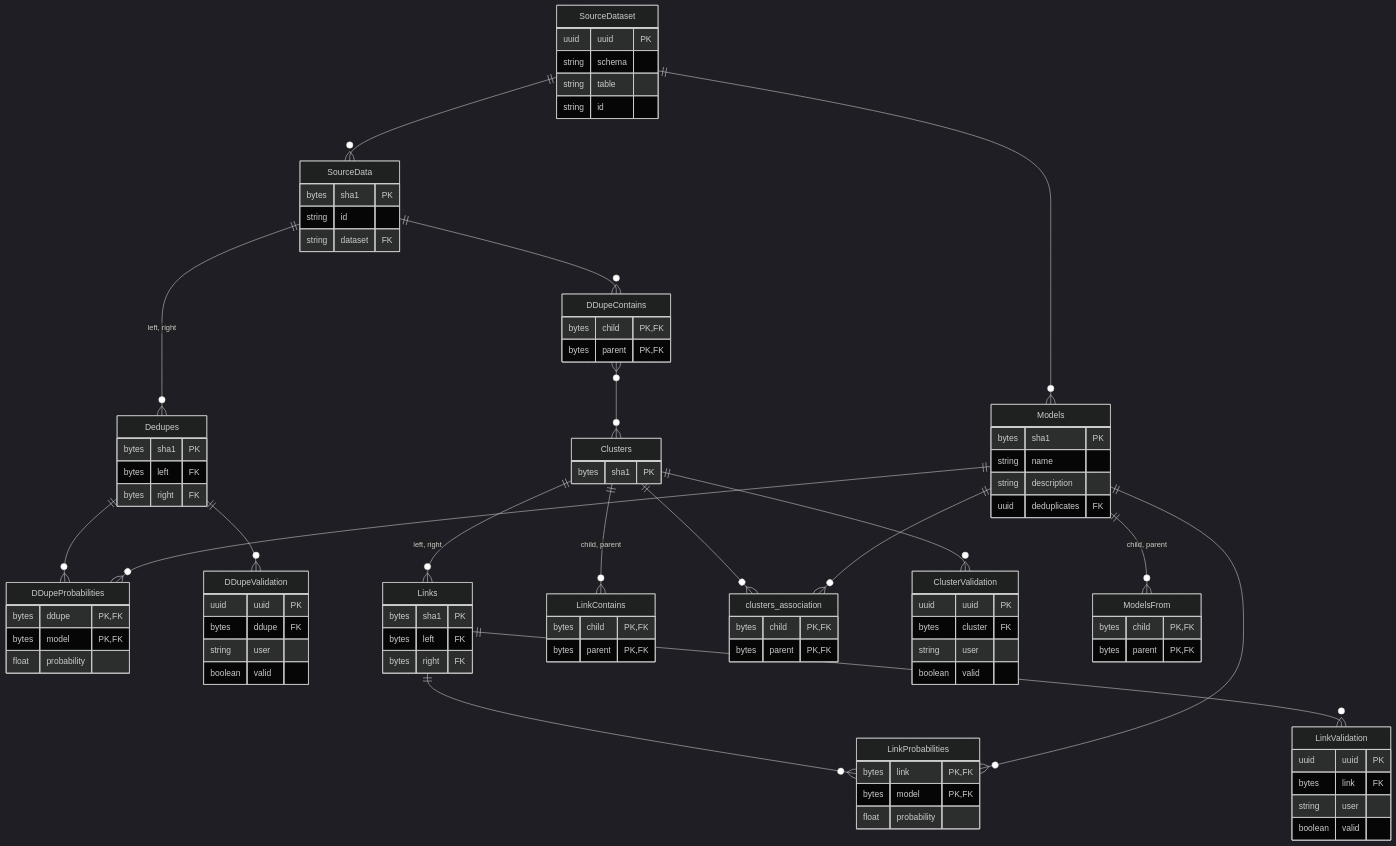
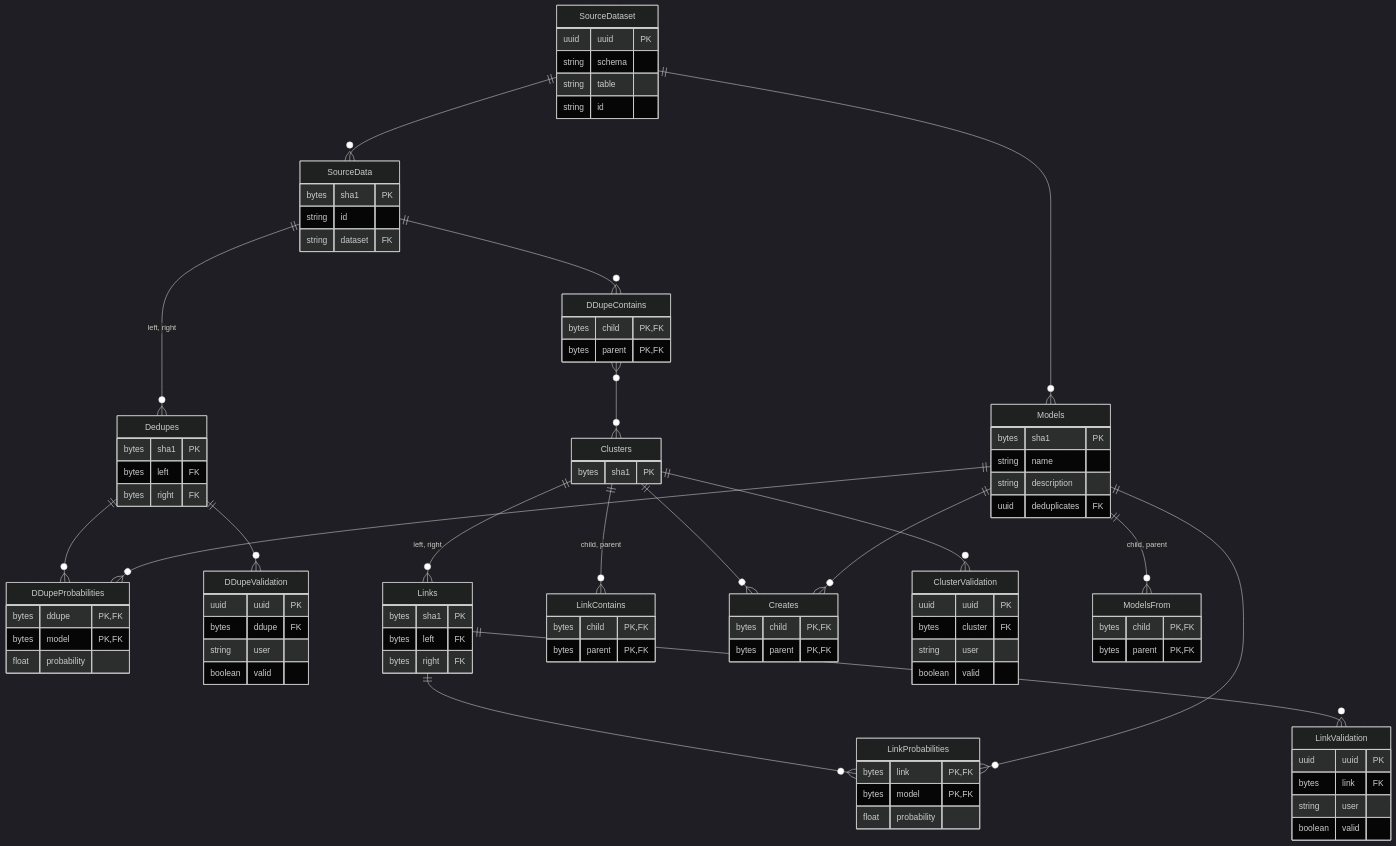
One commit to will-langdale/matchbox changed the first of 2 diagrams in src/matchbox/server/postgresql/README.md. Above: the diagram before and after it, drawn with Mermaid (dark theme). The commit also changed 8 other files, not shown here.

Commit message:
Refactored clusters association into Creates, working unit test for deletion

````diff
--- a/src/matchbox/server/postgresql/README.md
+++ b/src/matchbox/server/postgresql/README.md
@@ -64,7 +64,7 @@
     Clusters {
         bytes sha1 PK
     }
-    clusters_association {
+    Creates {
         bytes child PK,FK
         bytes parent PK,FK
     }
@@ -99,13 +99,13 @@
     Links ||--o{ LinkProbabilities : ""
     Links ||--o{ LinkValidation : ""
     %% Clusters
-    Clusters ||--o{ clusters_association : ""
+    Clusters ||--o{ Creates : ""
     Clusters ||--o{ ClusterValidation : ""
     Clusters ||--o{ Links : "left, right"
     Clusters ||--o{ LinkContains : "child, parent"
     %% Models
     Models ||--o{ DDupeProbabilities : ""
     Models ||--o{ LinkProbabilities : ""
-    Models ||--o{ clusters_association : ""
+    Models ||--o{ Creates : ""
     Models ||--o{ ModelsFrom: "child, parent"
 ```
````
